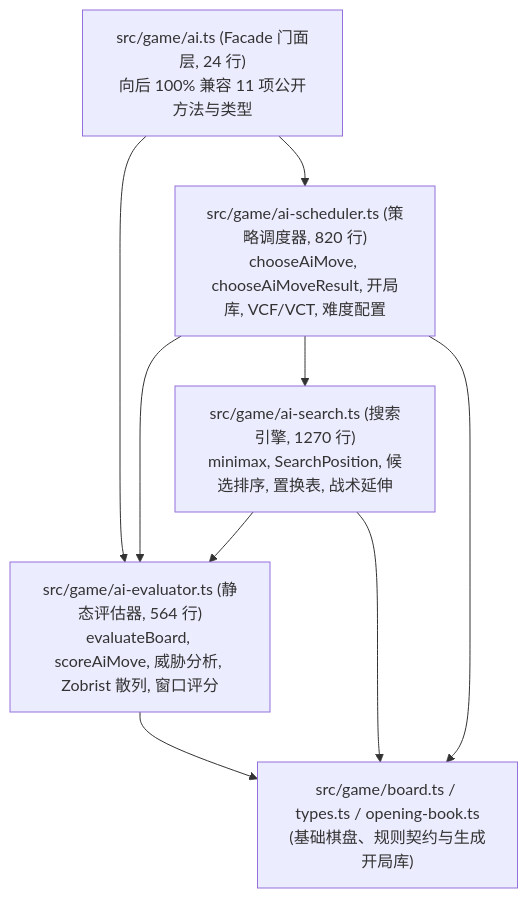
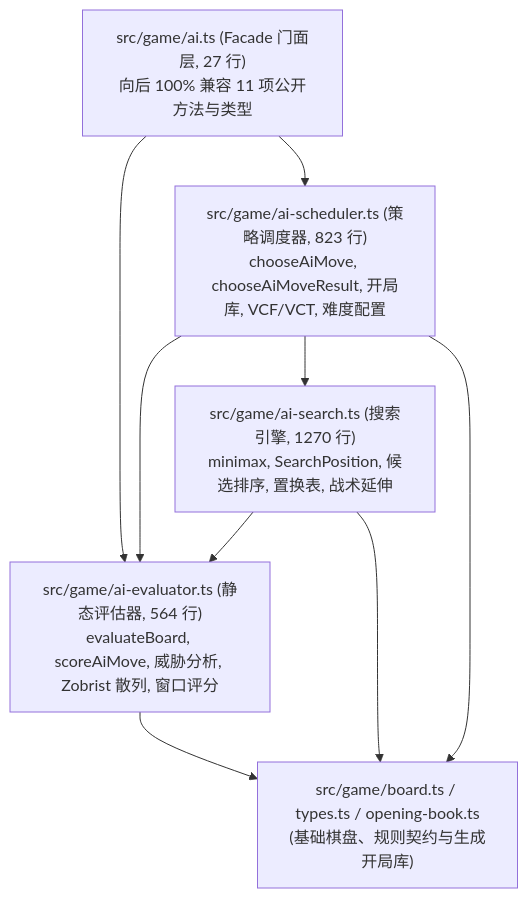
The diagram in docs/handoff/2026-09-13-phase5-ai-engine-decomp-handoff.md (SeptYagu/gomoku-online), drawn with Mermaid before and after one commit. The commit also changed other lines of this file and 2 other files, not shown here.

````diff
--- a/docs/handoff/2026-09-13-phase5-ai-engine-decomp-handoff.md
+++ b/docs/handoff/2026-09-13-phase5-ai-engine-decomp-handoff.md
@@ -26,19 +26,19 @@
 ```mermaid
 flowchart TD
-    Facade["src/game/ai.ts (Facade 门面层, 24 行)<br/>向后 100% 兼容 11 项公开方法与类型"]
+    Facade["src/game/ai.ts (Facade 门面层, 27 行)<br/>向后 100% 兼容 11 项公开方法与类型"]
     
-    Scheduler["src/game/ai-scheduler.ts (策略调度器, 820 行)<br/>chooseAiMove, chooseAiMoveResult, 开局库, VCF/VCT, 难度配置"]
+    Scheduler["src/game/ai-scheduler.ts (策略调度器, 823 行)<br/>chooseAiMove, chooseAiMoveResult, 开局库, VCF/VCT, 难度配置"]
     Searcher["src/game/ai-search.ts (搜索引擎, 1270 行)<br/>minimax, SearchPosition, 候选排序, 置换表, 战术延伸"]
     Evaluator["src/game/ai-evaluator.ts (静态评估器, 564 行)<br/>evaluateBoard, scoreAiMove, 威胁分析, Zobrist 散列, 窗口评分"]
     
     BaseGame["src/game/board.ts / types.ts / opening-book.ts<br/>(基础棋盘、规则契约与生成开局库)"]
 
     Facade --> Scheduler
     Facade --> Evaluator
     Scheduler --> Searcher
     Scheduler --> Evaluator
     Searcher --> Evaluator
     Evaluator --> BaseGame
     Searcher --> BaseGame
     Scheduler --> BaseGame
 ```
````
